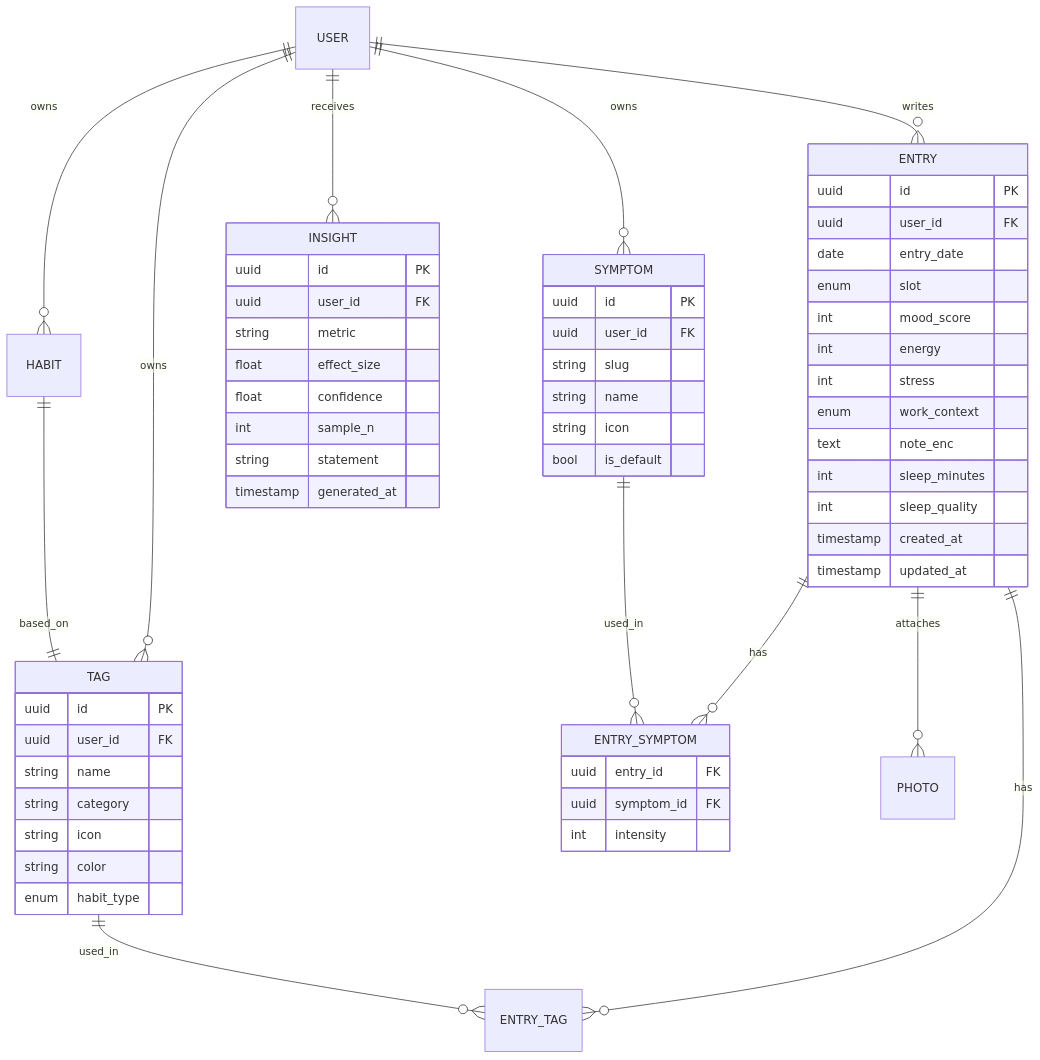
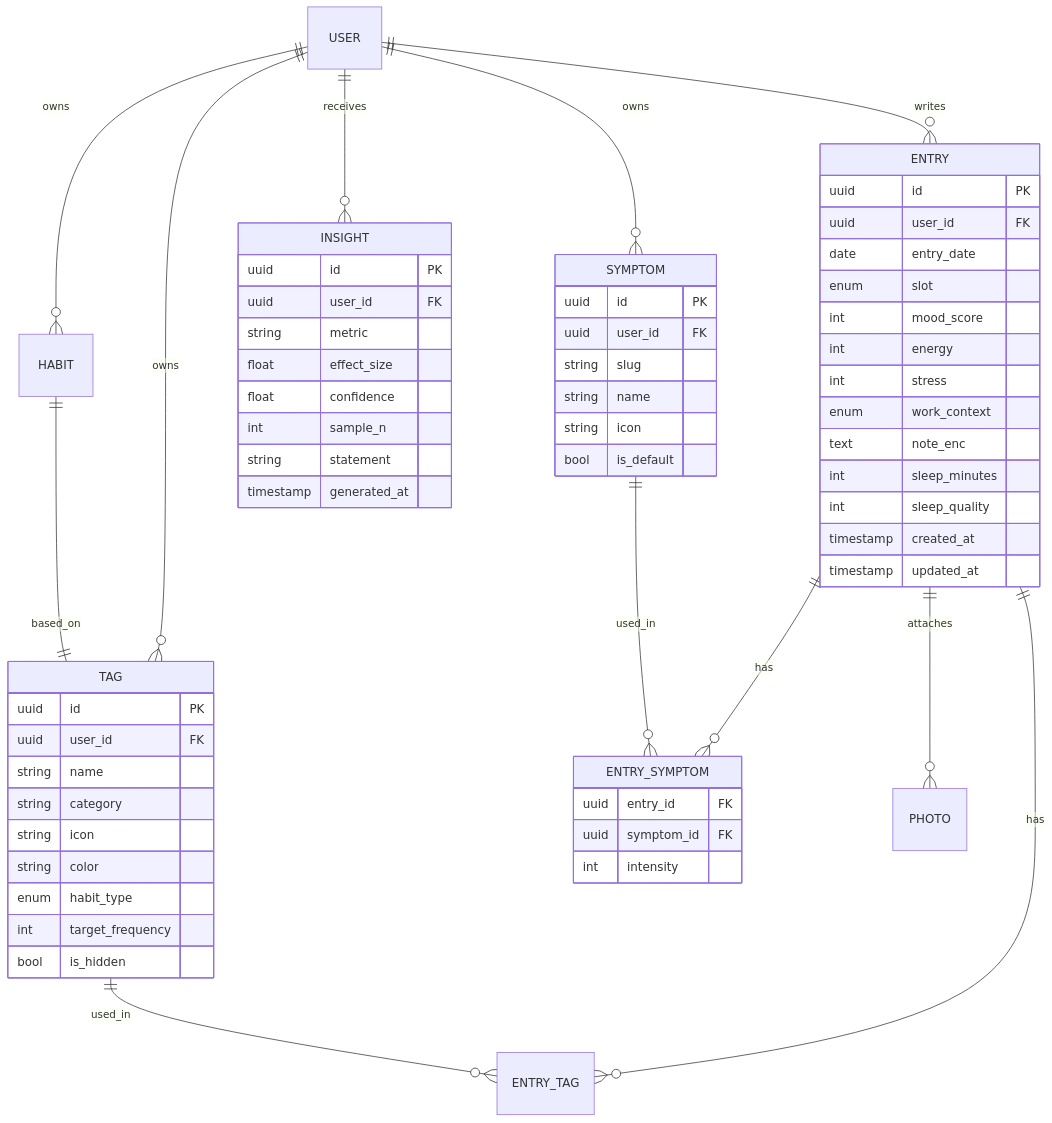
Before and after one commit to Sturmi77/correlcore: the second of 2 diagrams in docs/DESIGN_DOCUMENT.md, drawn with Mermaid. The commit also changed other lines of this file, not shown here.

Commit message:
docs: M2 formal abschließen — Version 0.11, alle AKs + DSGVO-Checkboxen auf [x], D-002 entschieden (Custom-SVG), Mermaid TWA→Capacitor, ARCH-01/ZS-01 behoben

````diff
--- a/docs/DESIGN_DOCUMENT.md
+++ b/docs/DESIGN_DOCUMENT.md
@@ -387,61 +388,63 @@
 ```mermaid
 erDiagram
   USER ||--o{ ENTRY : writes
   USER ||--o{ TAG : owns
   USER ||--o{ HABIT : owns
   ENTRY ||--o{ ENTRY_TAG : has
   ENTRY ||--o{ ENTRY_SYMPTOM : has
   ENTRY ||--o{ PHOTO : attaches
   TAG ||--o{ ENTRY_TAG : used_in
   HABIT ||--|| TAG : based_on
   USER ||--o{ INSIGHT : receives
   ENTRY {
     uuid id PK
     uuid user_id FK
     date entry_date
     enum slot
     int mood_score
     int energy
     int stress
     enum work_context
     text note_enc
     int sleep_minutes
     int sleep_quality
     timestamp created_at
     timestamp updated_at
   }
   TAG {
     uuid id PK
     uuid user_id FK
     string name
     string category
     string icon
     string color
     enum habit_type
+    int target_frequency
+    bool is_hidden
   }
   ENTRY_SYMPTOM {
     uuid entry_id FK
     uuid symptom_id FK
     int intensity
   }
   SYMPTOM {
     uuid id PK
     uuid user_id FK
     string slug
     string name
     string icon
     bool is_default
   }
   USER ||--o{ SYMPTOM : owns
   SYMPTOM ||--o{ ENTRY_SYMPTOM : used_in
   INSIGHT {
     uuid id PK
     uuid user_id FK
     string metric
     float effect_size
     float confidence
     int sample_n
     string statement
     timestamp generated_at
   }
 ```
````
